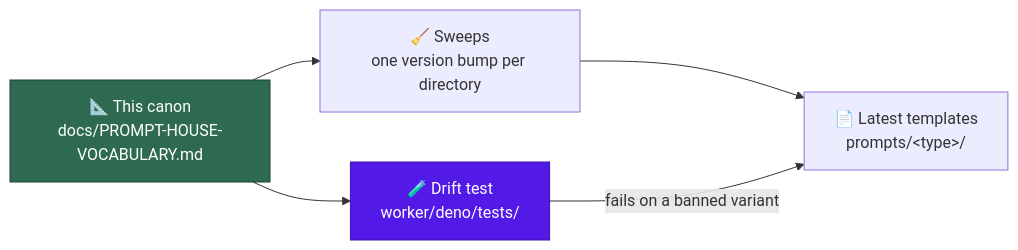
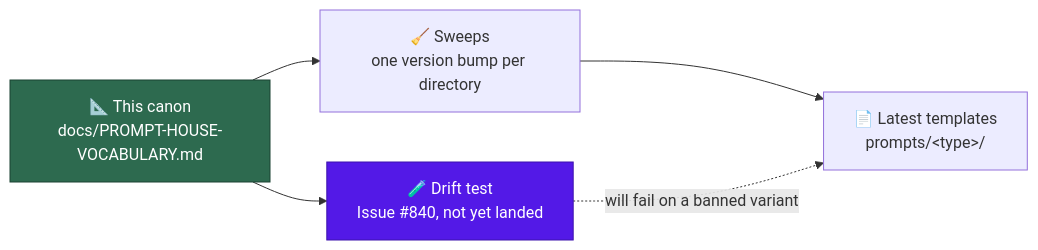
One commit to stSoftwareAU/VibeCoder changed the diagram in docs/PROMPT-HOUSE-VOCABULARY.md. Above: the diagram before and after it, drawn with Mermaid. The commit also changed other lines of this file and 2 other files, not shown here.

First line of the commit message:
Correct the canon's counts and drop the unlanded-gate claim (Issue #834)

````diff
--- a/docs/PROMPT-HOUSE-VOCABULARY.md
+++ b/docs/PROMPT-HOUSE-VOCABULARY.md
@@ -14,9 +16,9 @@
 ```mermaid
 flowchart LR
     A["📐 This canon<br/>docs/PROMPT-HOUSE-VOCABULARY.md"] --> B["🧹 Sweeps<br/>one version bump per directory"]
     B --> C["📄 Latest templates<br/>prompts/&lt;type&gt;/"]
-    A --> D["🧪 Drift test<br/>worker/deno/tests/"]
-    D -- "fails on a banned variant" --> C
+    A --> D["🧪 Drift test<br/>Issue #840, not yet landed"]
+    D -. "will fail on a banned variant" .-> C
     style A fill:#2d6a4f,stroke:#1b4332,color:#fff
     style D fill:#5319e7,stroke:#3d13ad,color:#fff
 ```
````
